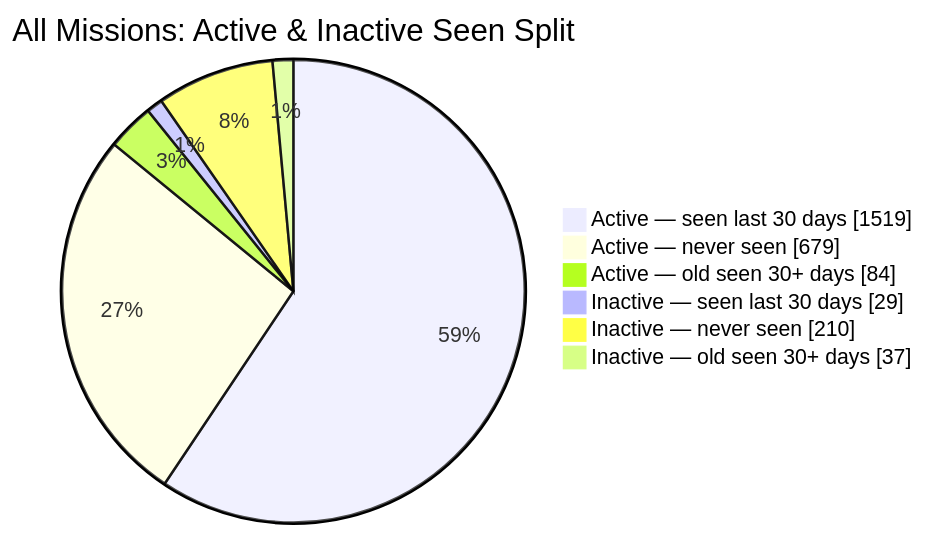
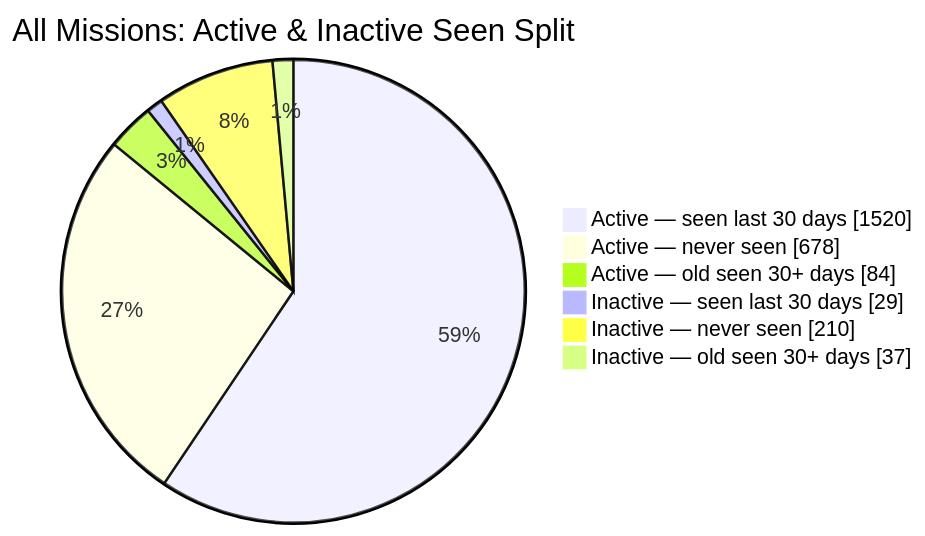
The second of 2 diagrams in README.md (MeldkamerspelGameTeam/active-missions), drawn with Mermaid before and after one commit. The commit also changed other lines of this file and 2 other files, not shown here.

````diff
--- a/README.md
+++ b/README.md
@@ -44,10 +44,10 @@
 ```mermaid
 pie showData
     title All Missions: Active & Inactive Seen Split
-    "Active — seen last 30 days" : 1519
-    "Active — never seen" : 679
+    "Active — seen last 30 days" : 1520
+    "Active — never seen" : 678
     "Active — old seen 30+ days" : 84
     "Inactive — seen last 30 days" : 29
     "Inactive — never seen" : 210
     "Inactive — old seen 30+ days" : 37
 ```
````
